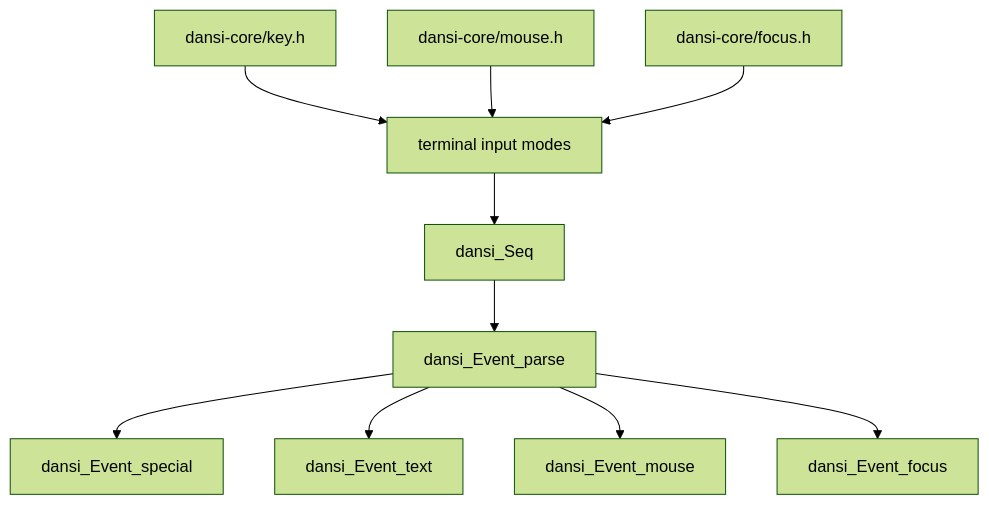
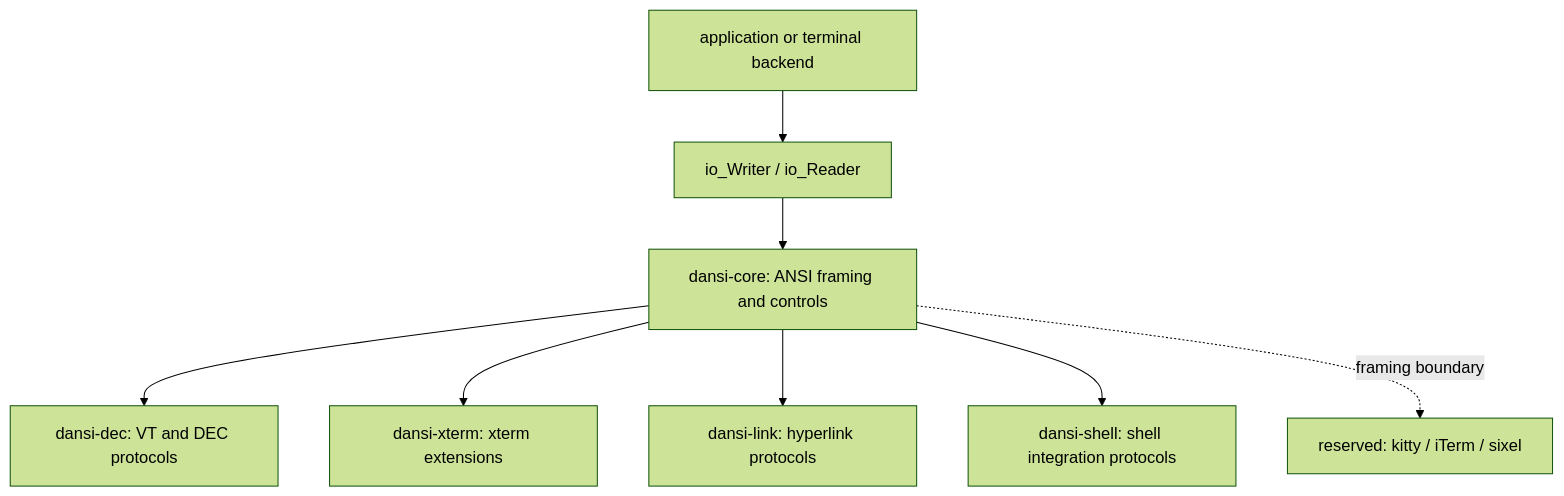
One commit to coding-pelican/dasae-headers changed the first of 2 diagrams in dh-examples/dansi/README.md. Above: the diagram before and after it, drawn with Mermaid (forest theme). The commit also changed other lines of this file and 79 other files, not shown here.

````diff
--- a/dh-examples/dansi/README.md
+++ b/dh-examples/dansi/README.md
@@ -187,12 +17,19 @@
 ```mermaid
 graph TD
-  Seq[dansi_Seq] --> Event[dansi_Event_parse]
-  Event --> Special[dansi_Event_special]
-  Event --> Text[dansi_Event_text]
-  Event --> Mouse[dansi_Event_mouse]
-  Event --> Focus[dansi_Event_focus]
-  KeyCtl[dansi-core/key.h] --> Terminal[terminal input modes]
-  MouseCtl[dansi-core/mouse.h] --> Terminal
-  FocusCtl[dansi-core/focus.h] --> Terminal
-  Terminal --> Seq
+  App[application or terminal backend]
+  IO[io_Writer / io_Reader]
+  Core[dansi-core: ANSI framing and controls]
+  DEC[dansi-dec: VT and DEC protocols]
+  Xterm[dansi-xterm: xterm extensions]
+  Link[dansi-link: hyperlink protocols]
+  Shell[dansi-shell: shell integration protocols]
+  Reserved[reserved: kitty / iTerm / sixel]
+
+  App --> IO
+  IO --> Core
+  Core --> DEC
+  Core --> Xterm
+  Core --> Link
+  Core --> Shell
+  Core -. framing boundary .-> Reserved
 ```
````
